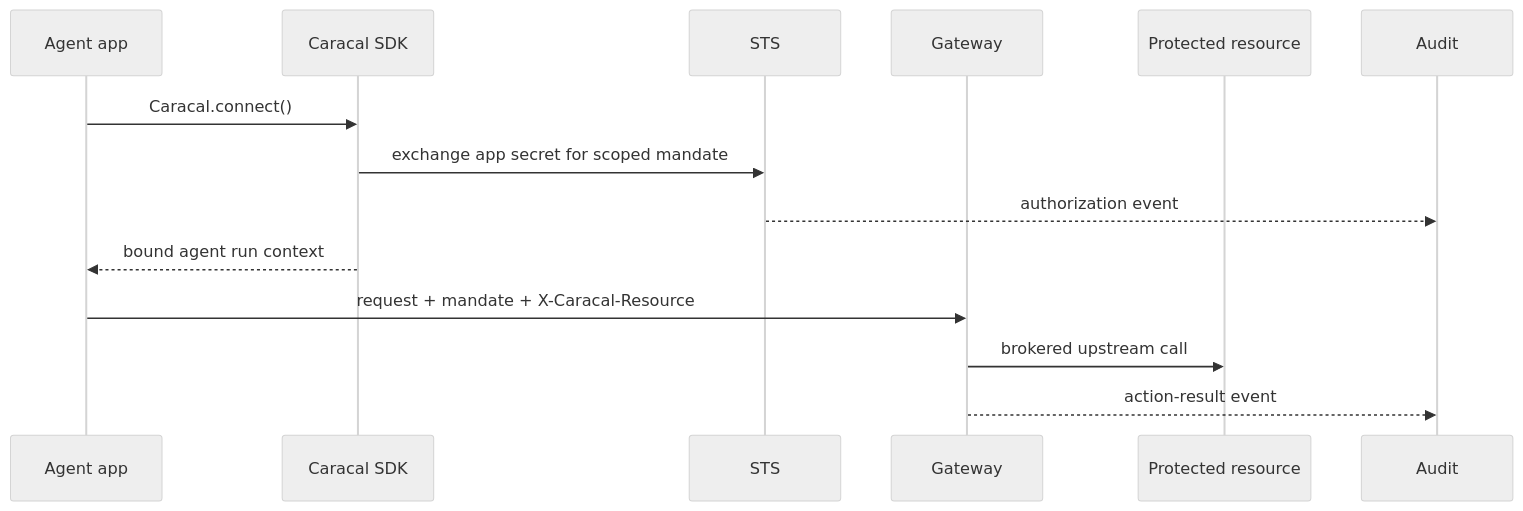
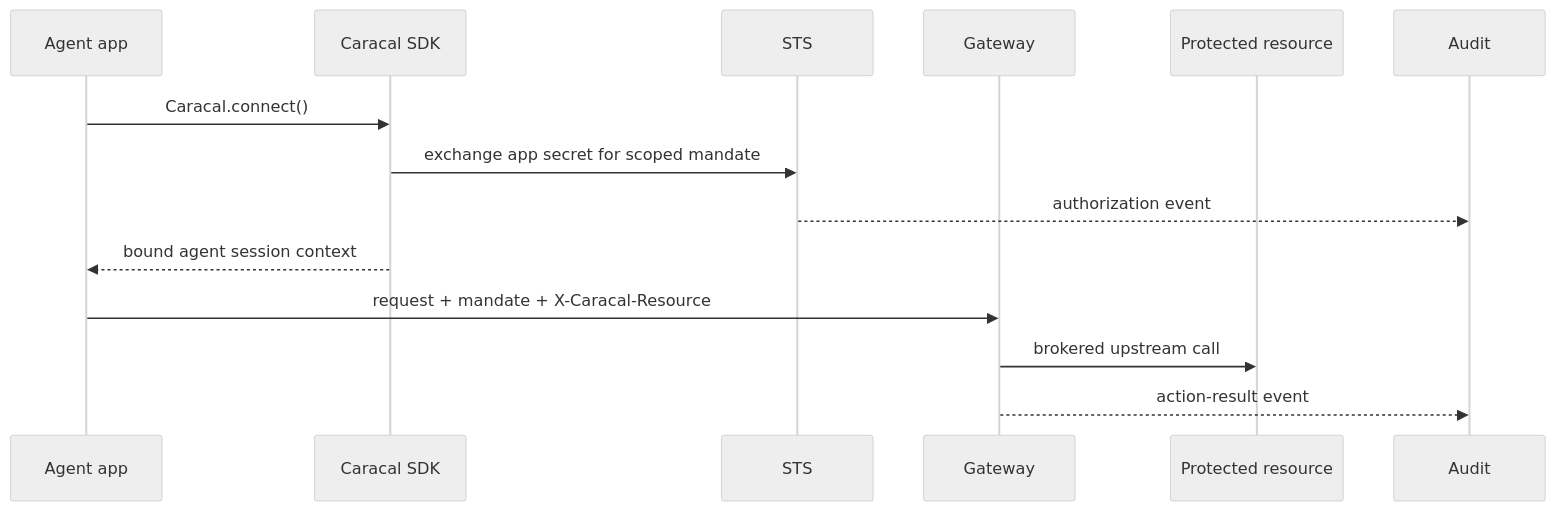
One commit to Garudex-Labs/caracal changed the diagram in docs/src/content/docs/get-started/first-integration.mdx. Above: the diagram before and after it, drawn with Mermaid (neutral theme). The commit also changed other lines of this file and 8 other files, not shown here.

Commit message:
refactor: Update terminology from 'agent run' to 'agent session' and 'session' to 'authority session' for consistency across documentation

````diff
--- a/docs/src/content/docs/get-started/first-integration.mdx
+++ b/docs/src/content/docs/get-started/first-integration.mdx
@@ -13,17 +13,17 @@
 ```mermaid
 sequenceDiagram
   participant App as Agent app
   participant SDK as Caracal SDK
   participant STS
   participant Gateway
   participant Upstream as Protected resource
   participant Audit
 
   App->>SDK: Caracal.connect()
   SDK->>STS: exchange app secret for scoped mandate
   STS-->>Audit: authorization event
-  SDK-->>App: bound agent run context
+  SDK-->>App: bound agent session context
   App->>Gateway: request + mandate + X-Caracal-Resource
   Gateway->>Upstream: brokered upstream call
   Gateway-->>Audit: action-result event
 ```
````
